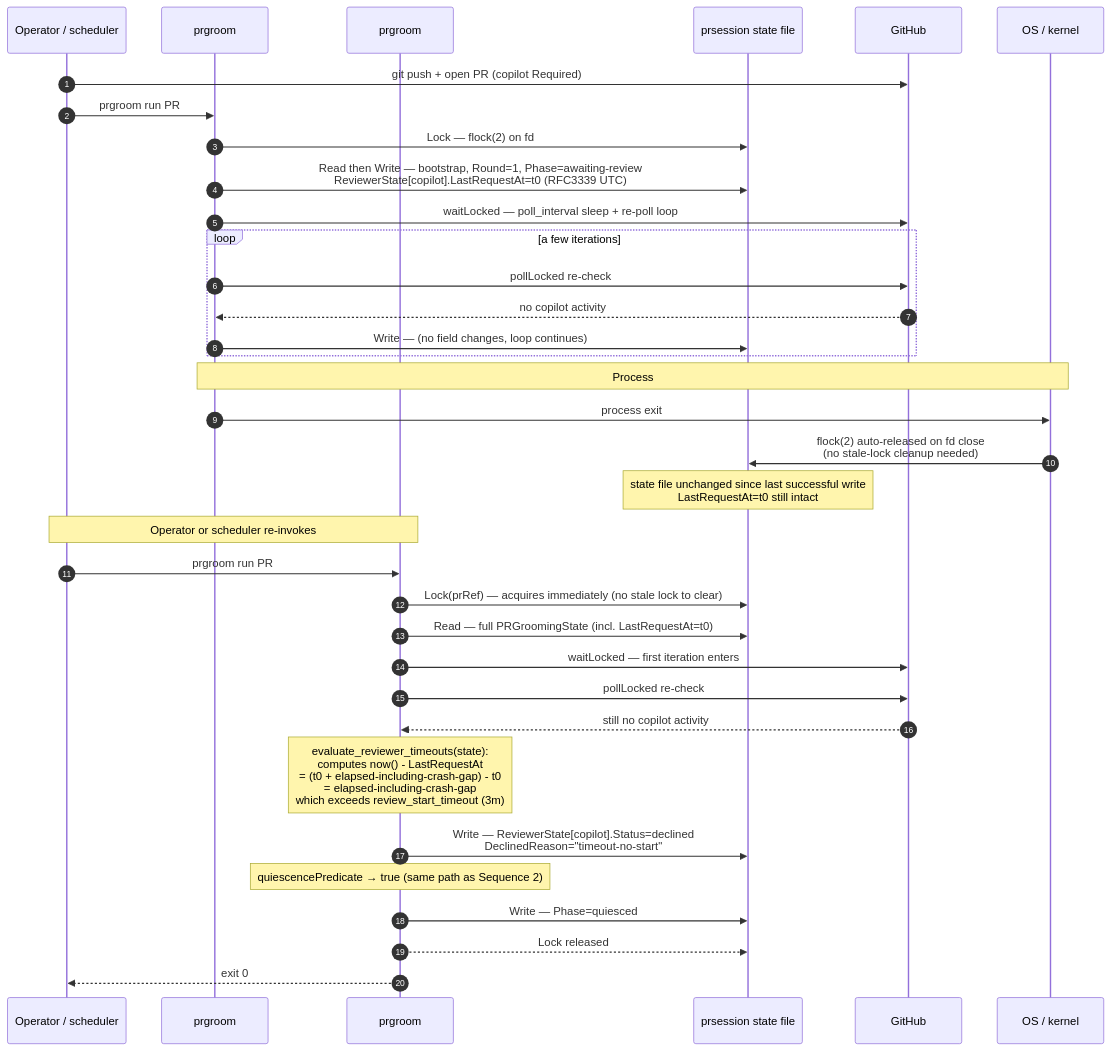
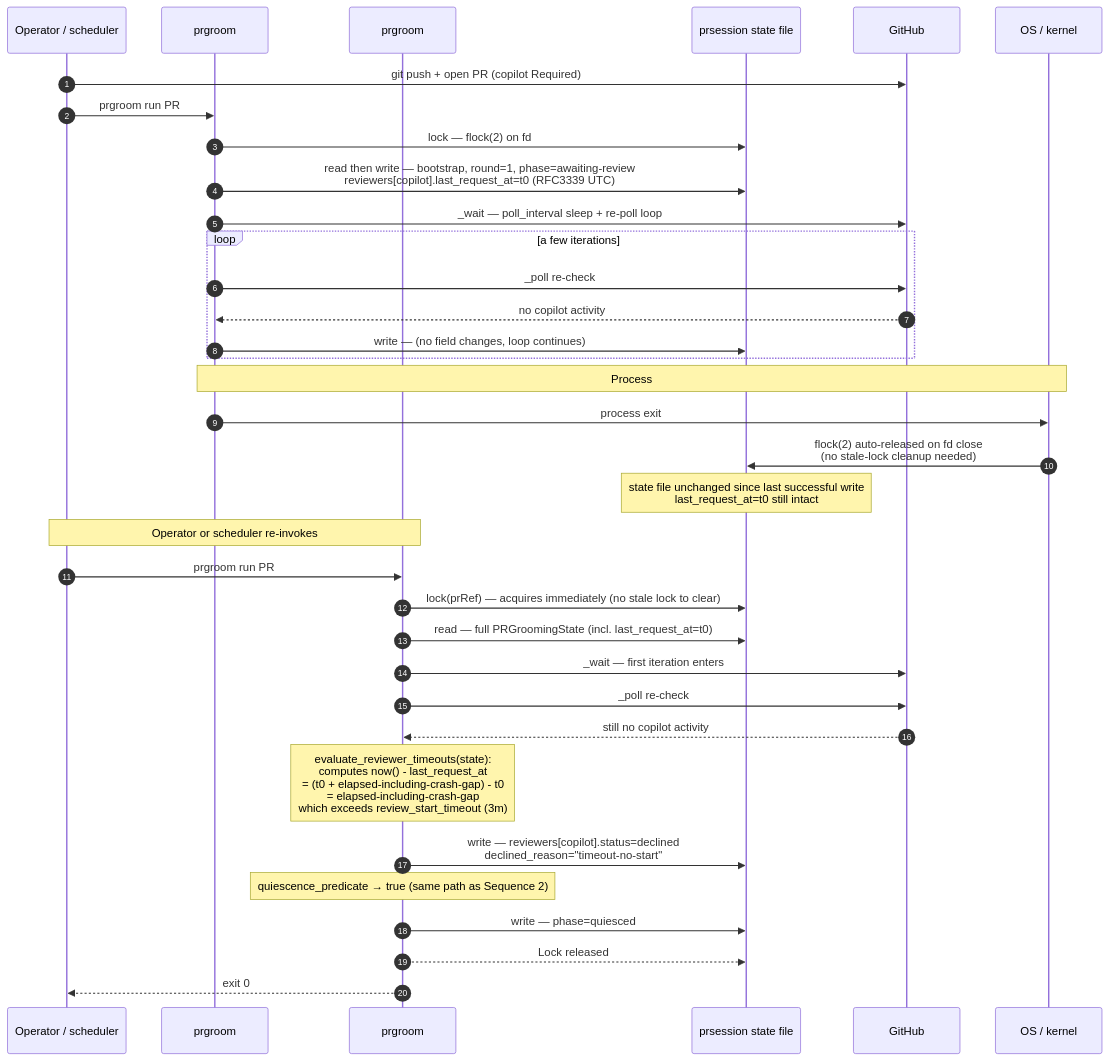
Before and after one commit to scotthamilton77/agents-config: the fourth of 4 diagrams in docs/architecture/prgroom/sequences.md, drawn with Mermaid. The commit also changed other lines of this file and 9 other files, not shown here.

First line of the commit message:
docs(prgroom): convert architecture HLDs from Go to Python (fca6.14) (#132)

````diff
--- a/docs/architecture/prgroom/sequences.md
+++ b/docs/architecture/prgroom/sequences.md
@@ -219,40 +219,40 @@
 ```mermaid
 sequenceDiagram
     autonumber
     participant Op as Operator / scheduler
     participant PG1 as prgroom #1 (first invocation)
     participant PG2 as prgroom #2 (re-invocation)
     participant State as prsession state file
     participant GH as GitHub
     participant OS as OS / kernel
 
     Op->>GH: git push + open PR (copilot Required)
     Op->>PG1: prgroom run PR
-    PG1->>State: Lock — flock(2) on fd
-    PG1->>State: Read then Write — bootstrap, Round=1, Phase=awaiting-review<br/>ReviewerState[copilot].LastRequestAt=t0 (RFC3339 UTC)
-    PG1->>GH: waitLocked — poll_interval sleep + re-poll loop
+    PG1->>State: lock — flock(2) on fd
+    PG1->>State: read then write — bootstrap, round=1, phase=awaiting-review<br/>reviewers[copilot].last_request_at=t0 (RFC3339 UTC)
+    PG1->>GH: _wait — poll_interval sleep + re-poll loop
     loop a few iterations
-        PG1->>GH: pollLocked re-check
+        PG1->>GH: _poll re-check
         GH-->>PG1: no copilot activity
-        PG1->>State: Write — (no field changes, loop continues)
+        PG1->>State: write — (no field changes, loop continues)
     end
 
     Note over PG1,OS: Process #1 dies mid-wait (kill -9 / OOM / panic / power)
     PG1->>OS: process exit
     OS->>State: flock(2) auto-released on fd close<br/>(no stale-lock cleanup needed)
-    Note over State: state file unchanged since last successful write<br/>LastRequestAt=t0 still intact
+    Note over State: state file unchanged since last successful write<br/>last_request_at=t0 still intact
 
     Note over Op,PG2: Operator or scheduler re-invokes
     Op->>PG2: prgroom run PR
-    PG2->>State: Lock(prRef) — acquires immediately (no stale lock to clear)
-    PG2->>State: Read — full PRGroomingState (incl. LastRequestAt=t0)
-    PG2->>GH: waitLocked — first iteration enters
-    PG2->>GH: pollLocked re-check
+    PG2->>State: lock(prRef) — acquires immediately (no stale lock to clear)
+    PG2->>State: read — full PRGroomingState (incl. last_request_at=t0)
+    PG2->>GH: _wait — first iteration enters
+    PG2->>GH: _poll re-check
     GH-->>PG2: still no copilot activity
-    Note over PG2: evaluate_reviewer_timeouts(state):<br/>computes now() - LastRequestAt<br/>= (t0 + elapsed-including-crash-gap) - t0<br/>= elapsed-including-crash-gap<br/>which exceeds review_start_timeout (3m)
-    PG2->>State: Write — ReviewerState[copilot].Status=declined<br/>DeclinedReason="timeout-no-start"
-    Note over PG2: quiescencePredicate → true (same path as Sequence 2)
-    PG2->>State: Write — Phase=quiesced
+    Note over PG2: evaluate_reviewer_timeouts(state):<br/>computes now() - last_request_at<br/>= (t0 + elapsed-including-crash-gap) - t0<br/>= elapsed-including-crash-gap<br/>which exceeds review_start_timeout (3m)
+    PG2->>State: write — reviewers[copilot].status=declined<br/>declined_reason="timeout-no-start"
+    Note over PG2: quiescence_predicate → true (same path as Sequence 2)
+    PG2->>State: write — phase=quiesced
     PG2-->>State: Lock released
     PG2-->>Op: exit 0
 ```
````
